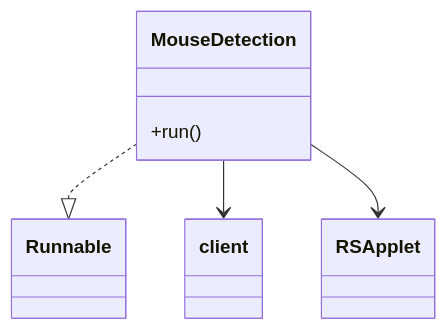
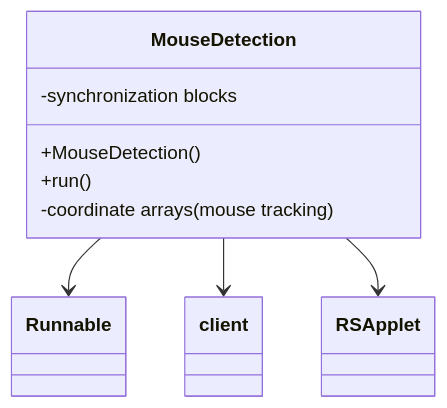
The diagram in bytecode/mapping/evidence/verified/MouseDetection_ZIJPRJEC.md (daxxog/solmud), drawn with Mermaid before and after one commit. The commit also changed other lines of this file and 38 other files, not shown here.

````diff
--- a/bytecode/mapping/evidence/verified/MouseDetection_ZIJPRJEC.md
+++ b/bytecode/mapping/evidence/verified/MouseDetection_ZIJPRJEC.md
@@ -9,7 +16,10 @@
 ```mermaid
 classDiagram
-    MouseDetection ..|> Runnable
+    MouseDetection --> Runnable
     MouseDetection --> client
     MouseDetection --> RSApplet
+    MouseDetection : +MouseDetection()
     MouseDetection : +run()
+    MouseDetection : -coordinate arrays (mouse tracking)
+    MouseDetection : -synchronization blocks
 ```
````
